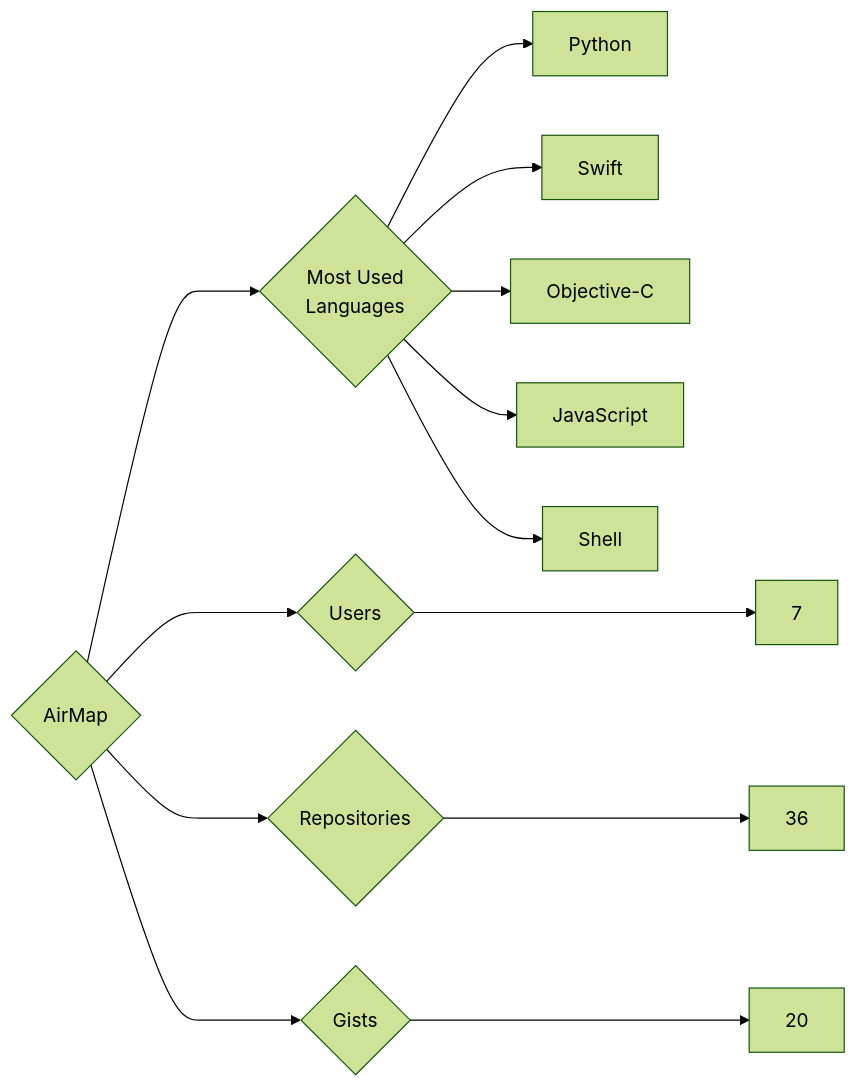
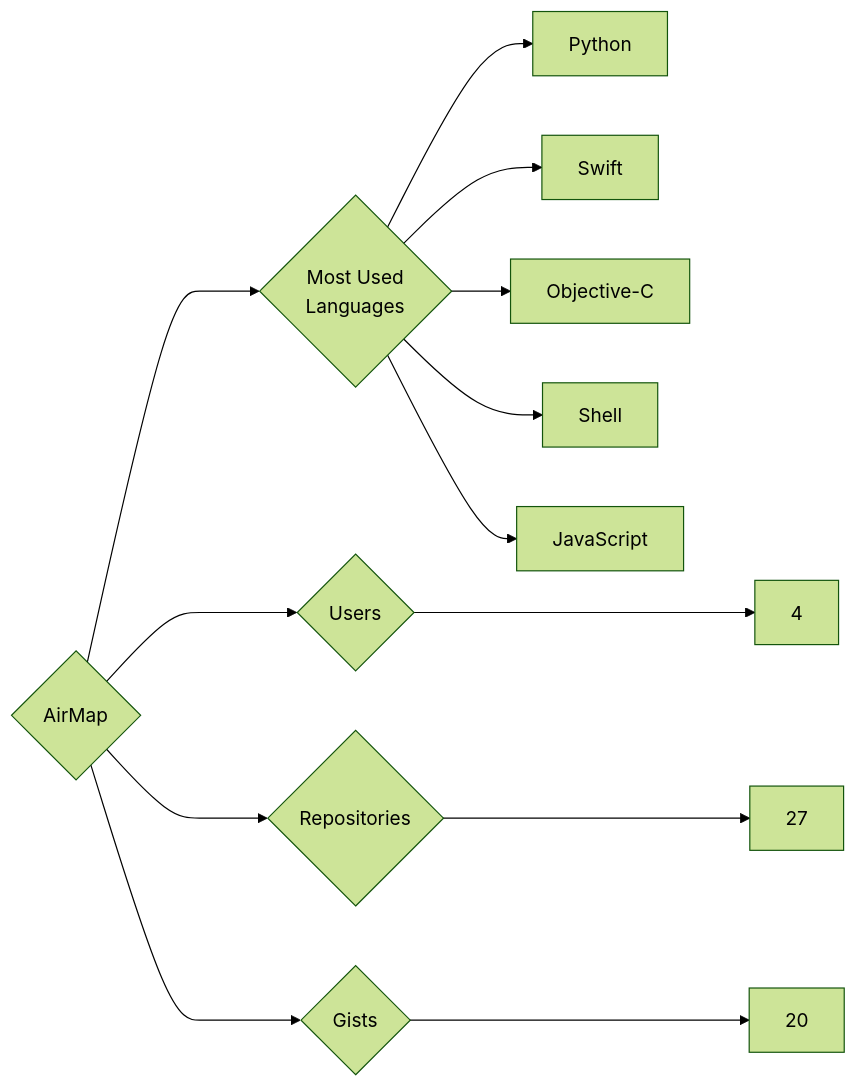
Before and after one commit to trickest/insiders: the diagram in targets/AirMap/README.md, drawn with Mermaid (forest theme). The commit also changed 611 other files, not shown here.

````diff
--- a/targets/AirMap/README.md
+++ b/targets/AirMap/README.md
@@ -3,13 +3,13 @@
 ```mermaid
 graph LR
 COMPANY_NAME{AirMap}
-COMPANY_NAME ---> U{Users} ---> UN[7]
-COMPANY_NAME ---> R{Repositories} ---> RN[36]
+COMPANY_NAME ---> U{Users} ---> UN[4]
+COMPANY_NAME ---> R{Repositories} ---> RN[27]
 COMPANY_NAME ---> G{Gists} ---> GN[20]
 COMPANY_NAME ---> ML{Most Used<br>Languages}
 ML --> Python[Python]
 ML --> Swift[Swift]
 ML --> Objective-C[Objective-C]
+ML --> Shell[Shell]
 ML --> JavaScript[JavaScript]
-ML --> Shell[Shell]
 ```
````
